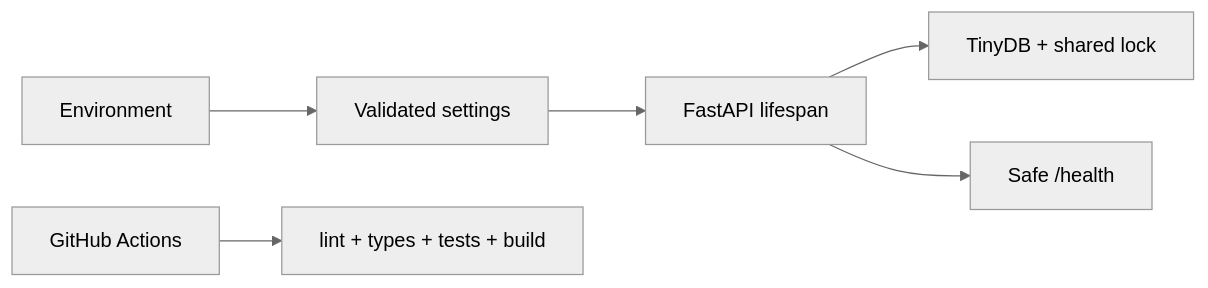
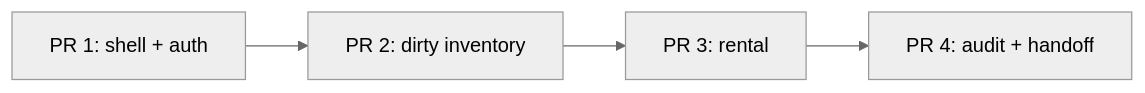
One commit to komaksym/booksy-assignment changed the first of 5 diagrams in docs/superpowers/plans/2026-07-22-hardware-hub-roadmap.md. Above: the diagram before and after it, drawn with Mermaid (neutral theme). The commit also changed other lines of this file and 3 other files, not shown here.

First line of the commit message:
docs(roadmap): focus MVP delivery

````diff
--- a/docs/superpowers/plans/2026-07-22-hardware-hub-roadmap.md
+++ b/docs/superpowers/plans/2026-07-22-hardware-hub-roadmap.md
@@ -274,8 +38,6 @@
-  ```mermaid
-  flowchart LR
-      Env["Environment"] --> Settings["Validated settings"]
-      Settings --> App["FastAPI lifespan"]
-      App --> Store["TinyDB + shared lock"]
-      App --> Health["Safe /health"]
-      CI["GitHub Actions"] --> Checks["lint + types + tests + build"]
-  ```
+```mermaid
+flowchart LR
+    A["PR 1: shell + auth"] --> B["PR 2: dirty inventory"]
+    B --> C["PR 3: rental"]
+    C --> D["PR 4: audit + handoff"]
+```
````
